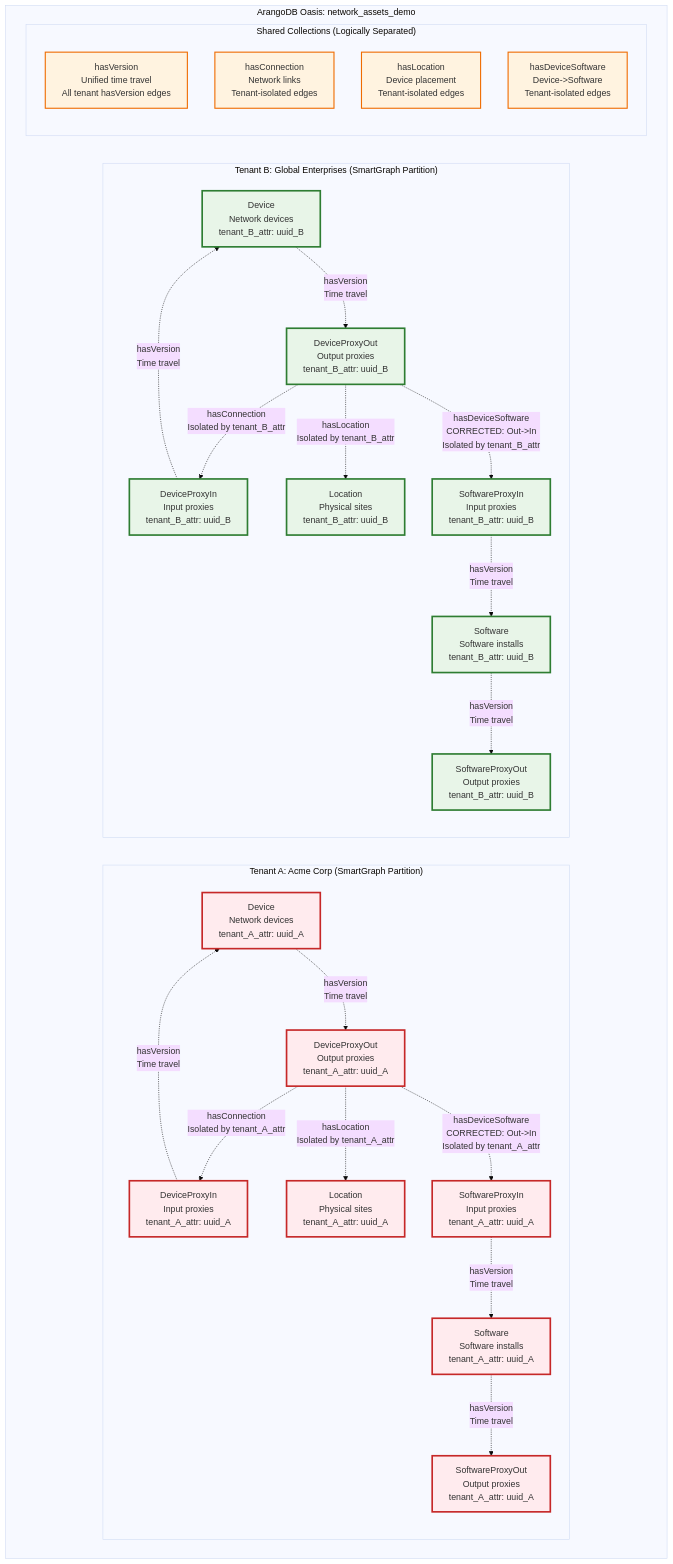
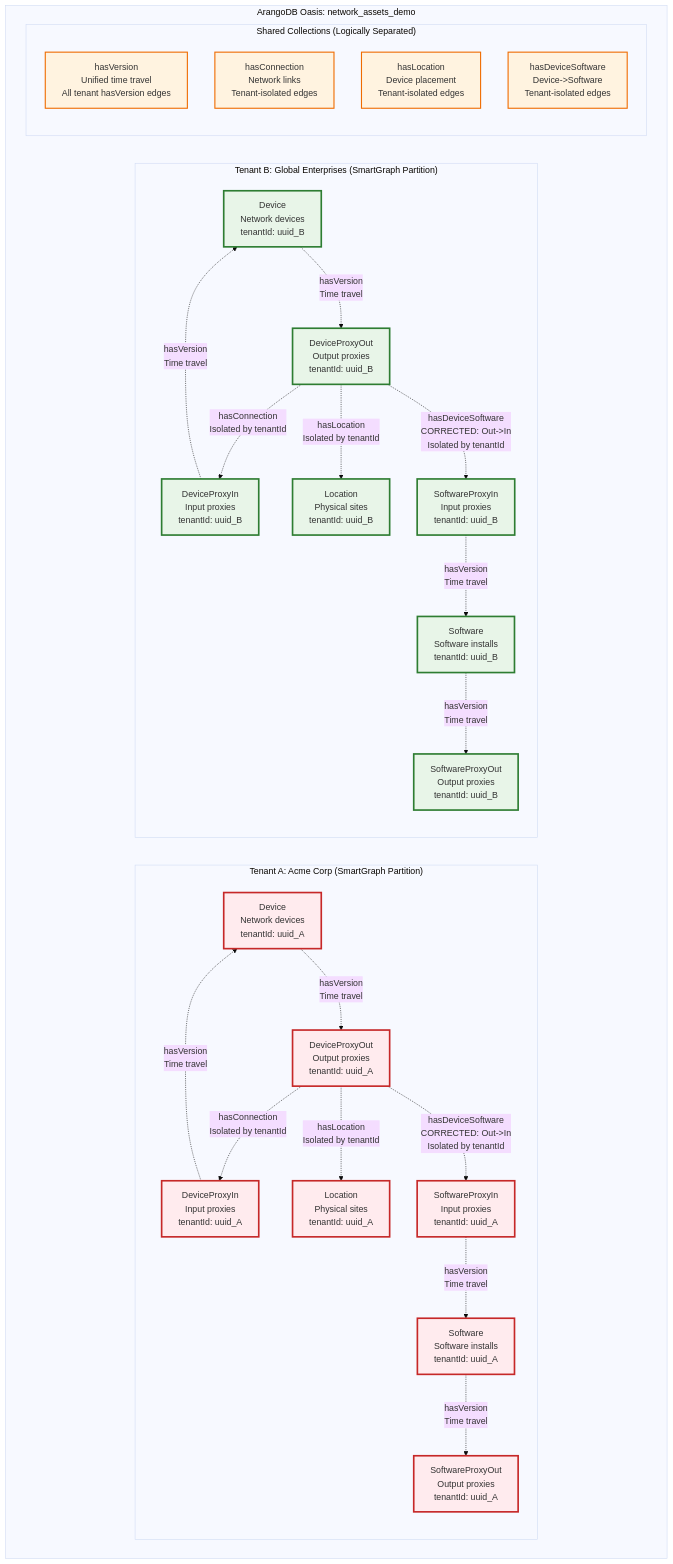
The second of 3 diagrams in README.md (ArthurKeen/scalable-multi-tenant-temporal-graph-reference-implementation), drawn with Mermaid (base theme) before and after one commit. The commit also changed other lines of this file and 11 other files, not shown here.

````diff
--- a/README.md
+++ b/README.md
@@ -112,63 +201,63 @@
 ```mermaid
 graph TB
     subgraph "ArangoDB Oasis: network_assets_demo"
         subgraph "Tenant A: Acme Corp (SmartGraph Partition)"
             direction TB
-            DA[Device<br/>Network devices<br/>tenant_A_attr: uuid_A]
-            DPIA[DeviceProxyIn<br/>Input proxies<br/>tenant_A_attr: uuid_A]
-            DPOA[DeviceProxyOut<br/>Output proxies<br/>tenant_A_attr: uuid_A]
-            SA[Software<br/>Software installs<br/>tenant_A_attr: uuid_A]
-            SPIA[SoftwareProxyIn<br/>Input proxies<br/>tenant_A_attr: uuid_A]
-            SPOA[SoftwareProxyOut<br/>Output proxies<br/>tenant_A_attr: uuid_A]
-            LA[Location<br/>Physical sites<br/>tenant_A_attr: uuid_A]
+            DA[Device<br/>Network devices<br/>tenantId: uuid_A]
+            DPIA[DeviceProxyIn<br/>Input proxies<br/>tenantId: uuid_A]
+            DPOA[DeviceProxyOut<br/>Output proxies<br/>tenantId: uuid_A]
+            SA[Software<br/>Software installs<br/>tenantId: uuid_A]
+            SPIA[SoftwareProxyIn<br/>Input proxies<br/>tenantId: uuid_A]
+            SPOA[SoftwareProxyOut<br/>Output proxies<br/>tenantId: uuid_A]
+            LA[Location<br/>Physical sites<br/>tenantId: uuid_A]
         end
         
         subgraph "Tenant B: Global Enterprises (SmartGraph Partition)"  
             direction TB
-            DB[Device<br/>Network devices<br/>tenant_B_attr: uuid_B]
-            DPIB[DeviceProxyIn<br/>Input proxies<br/>tenant_B_attr: uuid_B]
-            DPOB[DeviceProxyOut<br/>Output proxies<br/>tenant_B_attr: uuid_B]
-            SB[Software<br/>Software installs<br/>tenant_B_attr: uuid_B]
-            SPIB[SoftwareProxyIn<br/>Input proxies<br/>tenant_B_attr: uuid_B]
-            SPOB[SoftwareProxyOut<br/>Output proxies<br/>tenant_B_attr: uuid_B]
-            LB[Location<br/>Physical sites<br/>tenant_B_attr: uuid_B]
+            DB[Device<br/>Network devices<br/>tenantId: uuid_B]
+            DPIB[DeviceProxyIn<br/>Input proxies<br/>tenantId: uuid_B]
+            DPOB[DeviceProxyOut<br/>Output proxies<br/>tenantId: uuid_B]
+            SB[Software<br/>Software installs<br/>tenantId: uuid_B]
+            SPIB[SoftwareProxyIn<br/>Input proxies<br/>tenantId: uuid_B]
+            SPOB[SoftwareProxyOut<br/>Output proxies<br/>tenantId: uuid_B]
+            LB[Location<br/>Physical sites<br/>tenantId: uuid_B]
         end
         
         subgraph "Shared Collections (Logically Separated)"
             VC[hasVersion<br/>Unified time travel<br/>All tenant hasVersion edges]
             HC[hasConnection<br/>Network links<br/>Tenant-isolated edges]
             HL[hasLocation<br/>Device placement<br/>Tenant-isolated edges]
             HDS[hasDeviceSoftware<br/>Device->Software<br/>Tenant-isolated edges]
         end
     end
     
     %% Tenant A relationships (corrected logic)
-    DPOA -.->|hasConnection<br/>Isolated by tenant_A_attr| DPIA
-    DPOA -.->|hasLocation<br/>Isolated by tenant_A_attr| LA
-    DPOA -.->|hasDeviceSoftware<br/>CORRECTED: Out->In<br/>Isolated by tenant_A_attr| SPIA
+    DPOA -.->|hasConnection<br/>Isolated by tenantId| DPIA
+    DPOA -.->|hasLocation<br/>Isolated by tenantId| LA
+    DPOA -.->|hasDeviceSoftware<br/>CORRECTED: Out->In<br/>Isolated by tenantId| SPIA
     
     %% Tenant B relationships (corrected logic)
-    DPOB -.->|hasConnection<br/>Isolated by tenant_B_attr| DPIB
-    DPOB -.->|hasLocation<br/>Isolated by tenant_B_attr| LB  
-    DPOB -.->|hasDeviceSoftware<br/>CORRECTED: Out->In<br/>Isolated by tenant_B_attr| SPIB
+    DPOB -.->|hasConnection<br/>Isolated by tenantId| DPIB
+    DPOB -.->|hasLocation<br/>Isolated by tenantId| LB  
+    DPOB -.->|hasDeviceSoftware<br/>CORRECTED: Out->In<br/>Isolated by tenantId| SPIB
     
     %% Time travel patterns (unified hasVersion collection)
     DPIA -.->|hasVersion<br/>Time travel| DA
     DA -.->|hasVersion<br/>Time travel| DPOA
     SPIA -.->|hasVersion<br/>Time travel| SA
     SA -.->|hasVersion<br/>Time travel| SPOA
 
     DPIB -.->|hasVersion<br/>Time travel| DB
     DB -.->|hasVersion<br/>Time travel| DPOB
     SPIB -.->|hasVersion<br/>Time travel| SB
     SB -.->|hasVersion<br/>Time travel| SPOB
     
     classDef tenantA fill:#ffebee,stroke:#c62828,stroke-width:3px
     classDef tenantB fill:#e8f5e8,stroke:#2e7d32,stroke-width:3px
     classDef shared fill:#fff3e0,stroke:#ef6c00,stroke-width:2px
     classDef corrected fill:#e1f5fe,stroke:#0277bd,stroke-width:3px
     
     class DA,DPIA,DPOA,SA,SPIA,SPOA,LA tenantA
     class DB,DPIB,DPOB,SB,SPIB,SPOB,LB tenantB
     class VC,HC,HL,HDS shared
 ```
````
